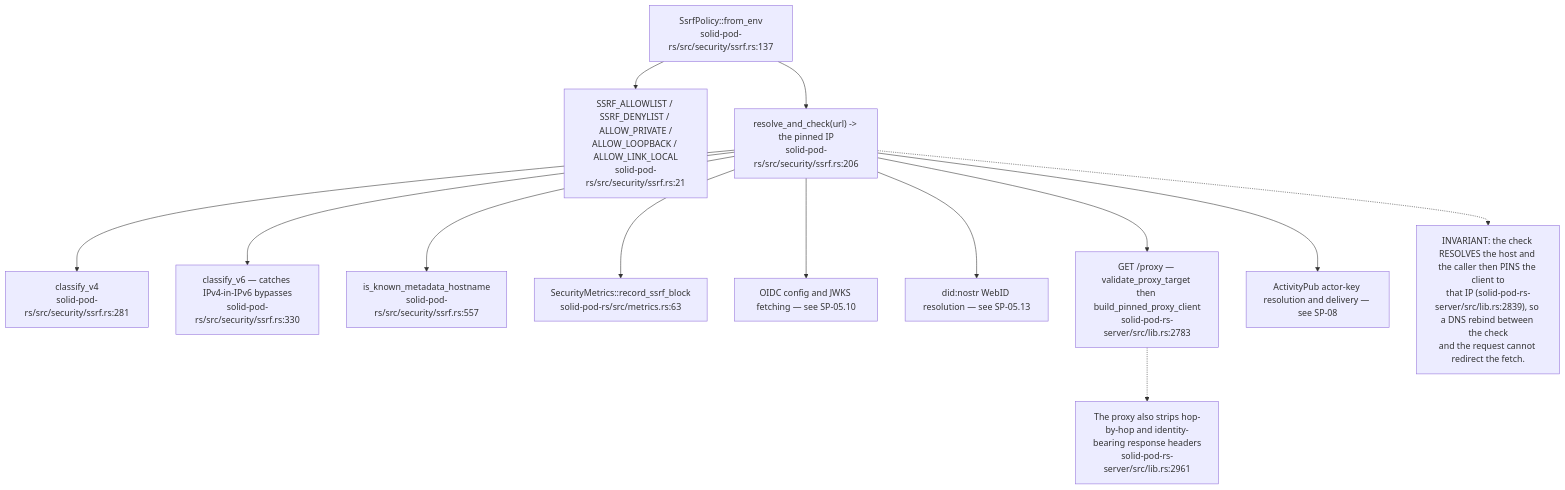
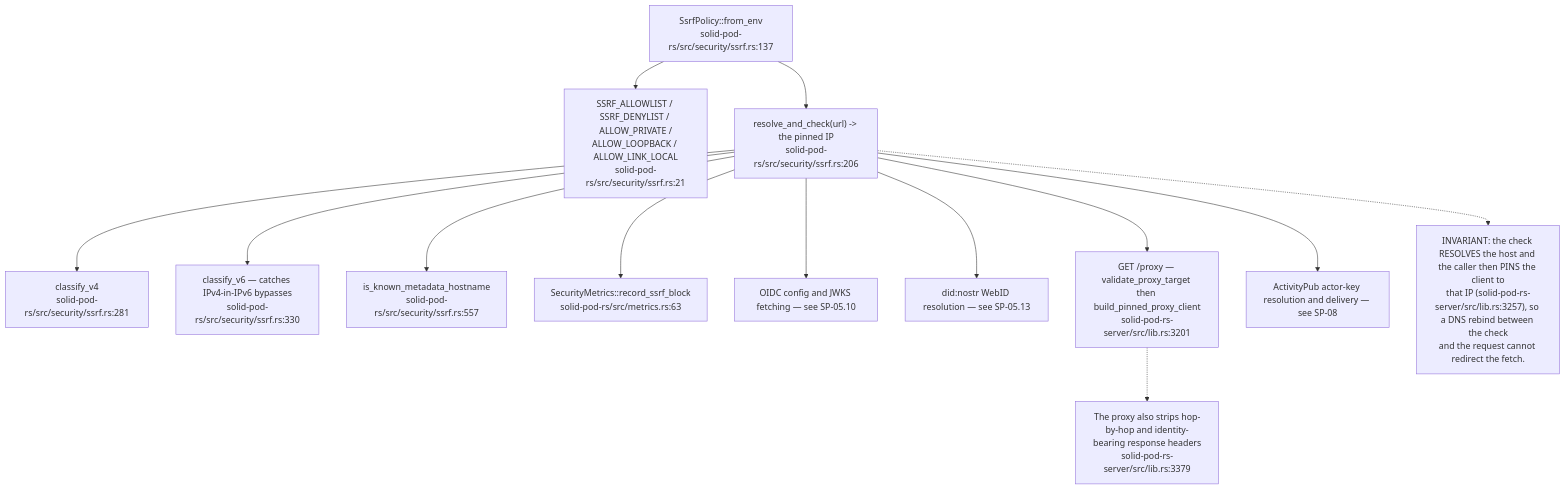
Before and after one commit to DreamLab-AI/VisionFlow: the eighth of 11 diagrams in docs/diagrams/solid-pod-rs/06-storage-quota-and-git-pods.md, drawn with Mermaid. The commit also changed other lines of this file and 160 other files, not shown here.

````diff
--- a/docs/diagrams/solid-pod-rs/06-storage-quota-and-git-pods.md
+++ b/docs/diagrams/solid-pod-rs/06-storage-quota-and-git-pods.md
@@ -205,29 +219,29 @@
 ```mermaid
 flowchart TD
     P["SsrfPolicy::from_env<br/>solid-pod-rs/src/security/ssrf.rs:137"]
     ENV["SSRF_ALLOWLIST / SSRF_DENYLIST / ALLOW_PRIVATE /<br/>ALLOW_LOOPBACK / ALLOW_LINK_LOCAL<br/>solid-pod-rs/src/security/ssrf.rs:21"]
     RC["resolve_and_check(url) -> the pinned IP<br/>solid-pod-rs/src/security/ssrf.rs:206"]
     C4["classify_v4<br/>solid-pod-rs/src/security/ssrf.rs:281"]
     C6["classify_v6 — catches IPv4-in-IPv6 bypasses<br/>solid-pod-rs/src/security/ssrf.rs:330"]
     META["is_known_metadata_hostname<br/>solid-pod-rs/src/security/ssrf.rs:557"]
     M["SecurityMetrics::record_ssrf_block<br/>solid-pod-rs/src/metrics.rs:63"]
     USE1["OIDC config and JWKS fetching — see SP-05.10"]
     USE2["did:nostr WebID resolution — see SP-05.13"]
-    USE3["GET /proxy — validate_proxy_target then build_pinned_proxy_client<br/>solid-pod-rs-server/src/lib.rs:2783"]
+    USE3["GET /proxy — validate_proxy_target then build_pinned_proxy_client<br/>solid-pod-rs-server/src/lib.rs:3201"]
     USE4["ActivityPub actor-key resolution and delivery — see SP-08"]
 
     P --> ENV
     P --> RC --> C4
     RC --> C6
     RC --> META
     RC --> M
     RC --> USE1
     RC --> USE2
     RC --> USE3
     RC --> USE4
 
-    N["INVARIANT: the check RESOLVES the host and the caller then PINS the client to<br/>that IP (solid-pod-rs-server/src/lib.rs:2839), so a DNS rebind between the check<br/>and the request cannot redirect the fetch."]
+    N["INVARIANT: the check RESOLVES the host and the caller then PINS the client to<br/>that IP (solid-pod-rs-server/src/lib.rs:3257), so a DNS rebind between the check<br/>and the request cannot redirect the fetch."]
     RC -.-> N
-    N2["The proxy also strips hop-by-hop and identity-bearing response headers<br/>solid-pod-rs-server/src/lib.rs:2961"]
+    N2["The proxy also strips hop-by-hop and identity-bearing response headers<br/>solid-pod-rs-server/src/lib.rs:3379"]
     USE3 -.-> N2
 ```
````
